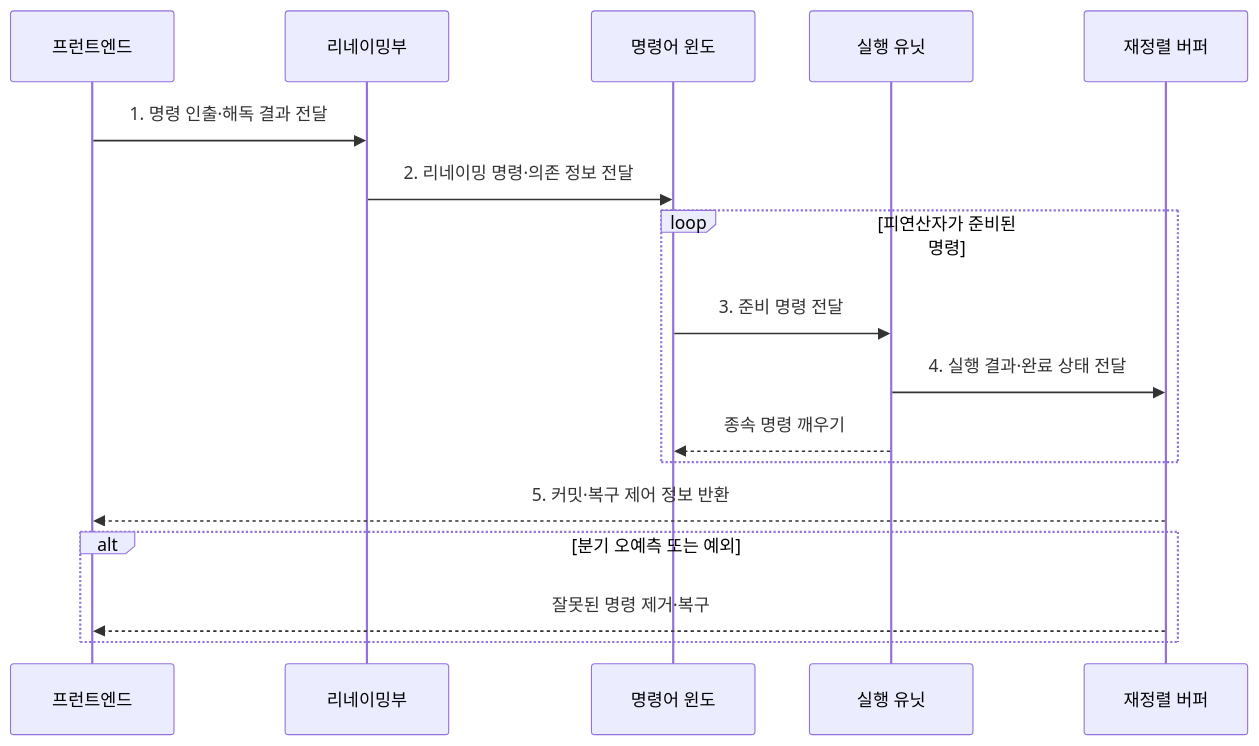
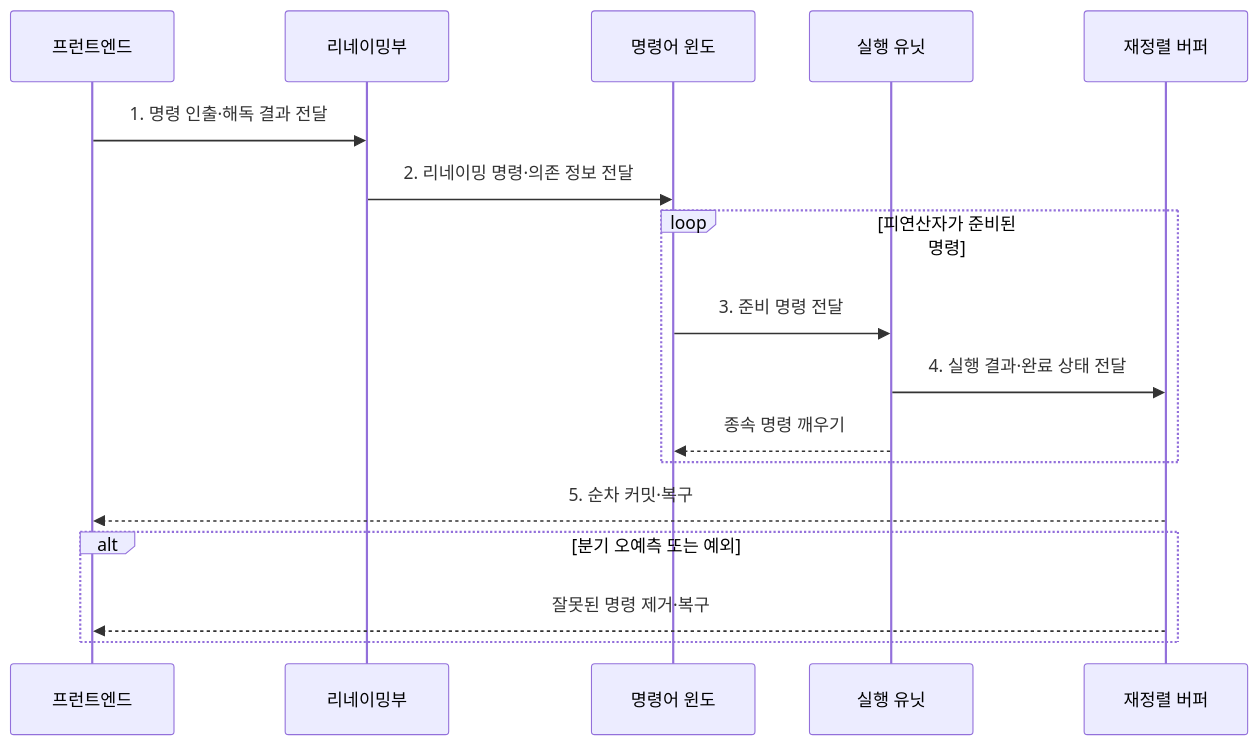
One commit to agnusdei1207/knowledge-base changed the second of 2 diagrams in src/content/docs/notes/02-hardware/009_instruction_level_parallelism.md. Above: the diagram before and after it, drawn with Mermaid. The commit also changed other lines of this file and 15 other files, not shown here.

````diff
--- a/src/content/docs/notes/02-hardware/009_instruction_level_parallelism.md
+++ b/src/content/docs/notes/02-hardware/009_instruction_level_parallelism.md
@@ -91,20 +91,20 @@
 ```mermaid
 sequenceDiagram
     participant F as 프런트엔드
     participant N as 리네이밍부
     participant W as 명령어 윈도
     participant E as 실행 유닛
     participant R as 재정렬 버퍼
 
     F->>N: 1. 명령 인출·해독 결과 전달
     N->>W: 2. 리네이밍 명령·의존 정보 전달
     loop 피연산자가 준비된 명령
         W->>E: 3. 준비 명령 전달
         E->>R: 4. 실행 결과·완료 상태 전달
         E-->>W: 종속 명령 깨우기
     end
-    R-->>F: 5. 커밋·복구 제어 정보 반환
+    R-->>F: 5. 순차 커밋·복구
     alt 분기 오예측 또는 예외
         R-->>F: 잘못된 명령 제거·복구
     end
 ```
````
